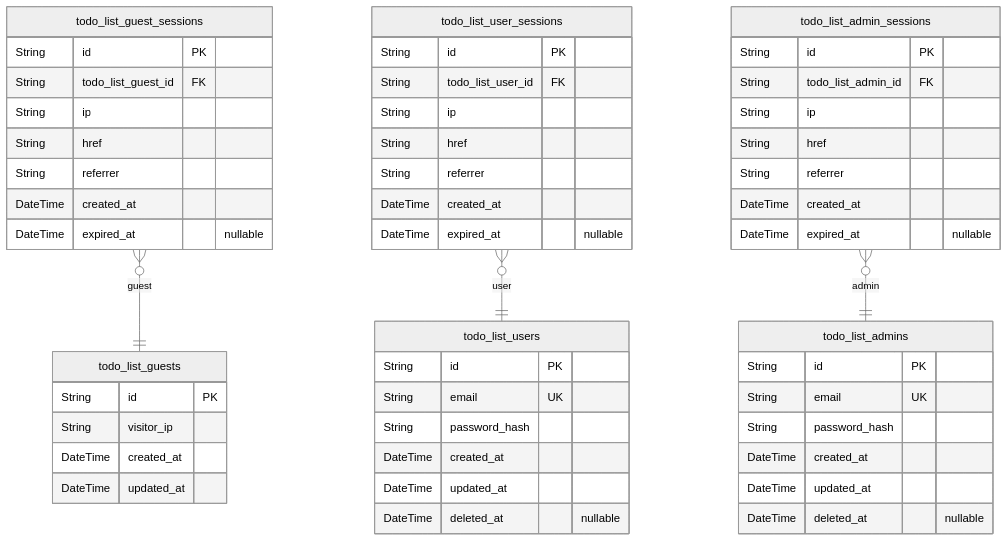
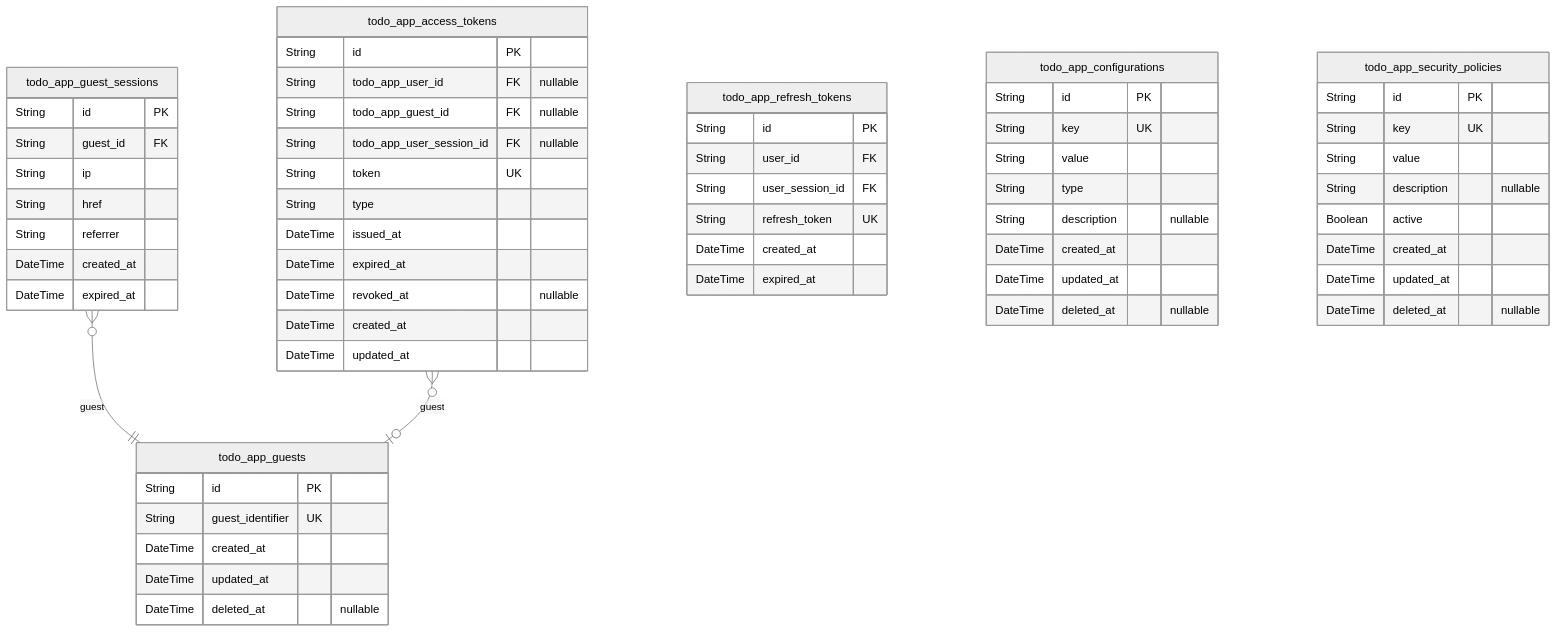
The first of 3 diagrams in openai/gpt-4.1-mini/todo/docs/ERD.md (wrtnlabs/autobe-examples), drawn with Mermaid (neutral theme) before and after one commit. The commit also changed other lines of this file and 615 other files, not shown here.

````diff
--- a/openai/gpt-4.1-mini/todo/docs/ERD.md
+++ b/openai/gpt-4.1-mini/todo/docs/ERD.md
@@ -54,55 +11,62 @@
 ```mermaid
 erDiagram
-"todo_list_guests" {
+"todo_app_guests" {
   String id PK
-  String visitor_ip
+  String guest_identifier UK
   DateTime created_at
   DateTime updated_at
+  DateTime deleted_at "nullable"
 }
-"todo_list_guest_sessions" {
+"todo_app_guest_sessions" {
   String id PK
-  String todo_list_guest_id FK
+  String guest_id FK
   String ip
   String href
   String referrer
   DateTime created_at
-  DateTime expired_at "nullable"
+  DateTime expired_at
 }
-"todo_list_users" {
+"todo_app_access_tokens" {
   String id PK
-  String email UK
-  String password_hash
+  String todo_app_user_id FK "nullable"
+  String todo_app_guest_id FK "nullable"
+  String todo_app_user_session_id FK "nullable"
+  String token UK
+  String type
+  DateTime issued_at
+  DateTime expired_at
+  DateTime revoked_at "nullable"
+  DateTime created_at
+  DateTime updated_at
+}
+"todo_app_refresh_tokens" {
+  String id PK
+  String user_id FK
+  String user_session_id FK
+  String refresh_token UK
+  DateTime created_at
+  DateTime expired_at
+}
+"todo_app_configurations" {
+  String id PK
+  String key UK
+  String value
+  String type
+  String description "nullable"
   DateTime created_at
   DateTime updated_at
   DateTime deleted_at "nullable"
 }
-"todo_list_user_sessions" {
+"todo_app_security_policies" {
   String id PK
-  String todo_list_user_id FK
-  String ip
-  String href
-  String referrer
-  DateTime created_at
-  DateTime expired_at "nullable"
-}
-"todo_list_admins" {
-  String id PK
-  String email UK
-  String password_hash
+  String key UK
+  String value
+  String description "nullable"
+  Boolean active
   DateTime created_at
   DateTime updated_at
   DateTime deleted_at "nullable"
 }
-"todo_list_admin_sessions" {
-  String id PK
-  String todo_list_admin_id FK
-  String ip
-  String href
-  String referrer
-  DateTime created_at
-  DateTime expired_at "nullable"
-}
-"todo_list_guest_sessions" }o--|| "todo_list_guests" : guest
-"todo_list_user_sessions" }o--|| "todo_list_users" : user
-"todo_list_admin_sessions" }o--|| "todo_list_admins" : admin
+"todo_app_guest_sessions" }o--|| "todo_app_guests" : guest
+"todo_app_access_tokens" }o--o| "todo_app_guests" : guest
 ```
````
